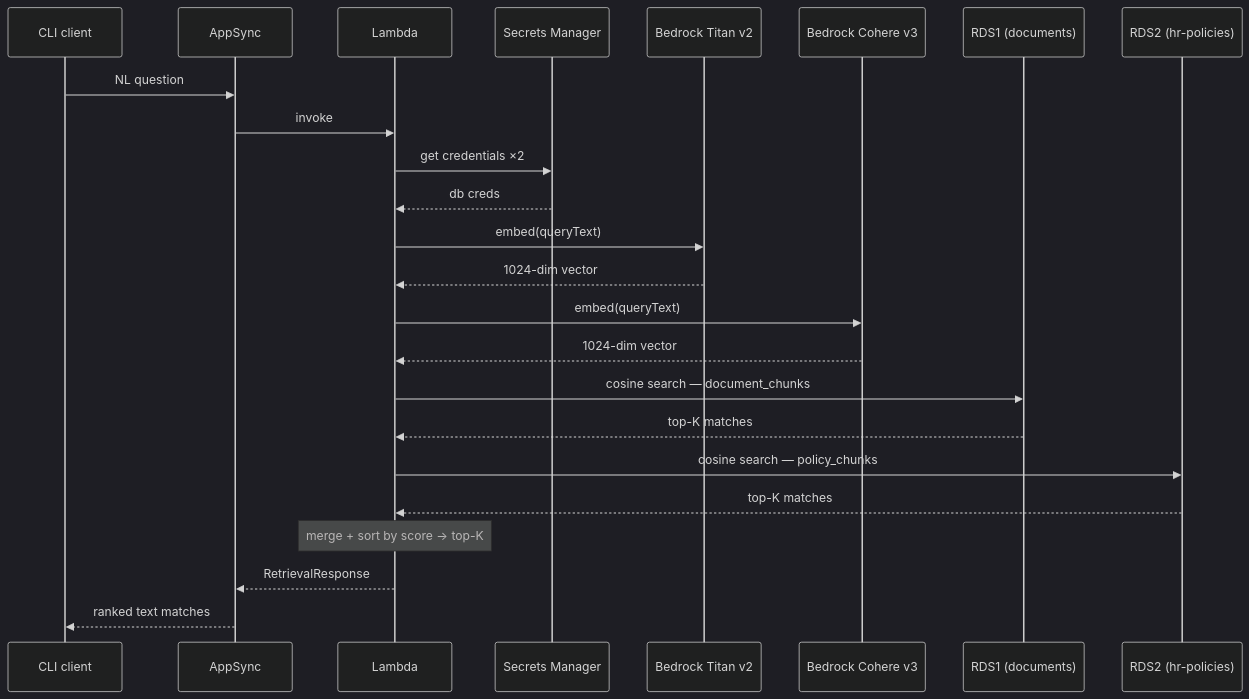
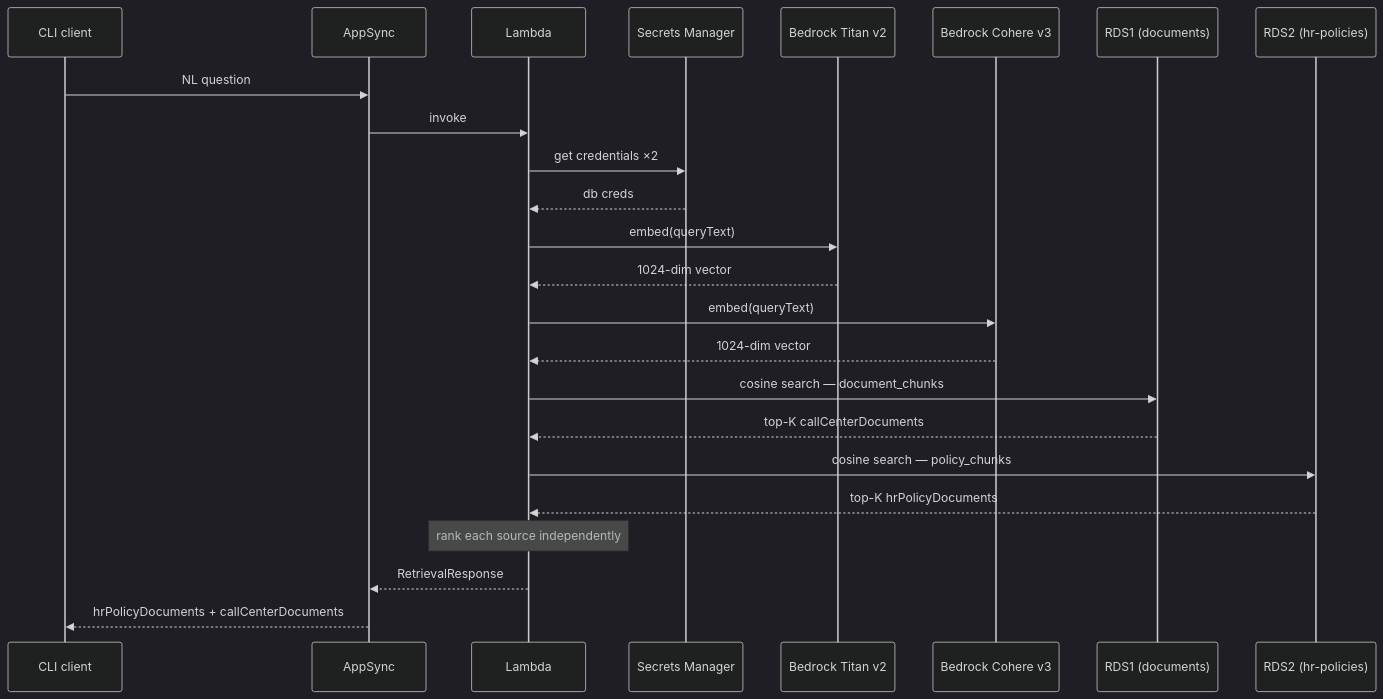
Before and after one commit to pwang-hydrafacial/fm-appsync-embedding-retrieval-poc: the second of 2 diagrams in docs/demo.md, drawn with Mermaid (dark theme). The commit also changed other lines of this file and 10 other files, not shown here.

First line of the commit message:
Implement Venkat's GQL schema: typed result lists per source

````diff
--- a/docs/demo.md
+++ b/docs/demo.md
@@ -47,27 +47,27 @@
 ```mermaid
 sequenceDiagram
     participant CLI as CLI client
     participant AS as AppSync
     participant L as Lambda
     participant SM as Secrets Manager
     participant B1 as Bedrock Titan v2
     participant B2 as Bedrock Cohere v3
     participant DB1 as RDS1 (documents)
     participant DB2 as RDS2 (hr-policies)
 
     CLI->>AS: NL question
     AS->>L: invoke
     L->>SM: get credentials ×2
     SM-->>L: db creds
     L->>B1: embed(queryText)
     B1-->>L: 1024-dim vector
     L->>B2: embed(queryText)
     B2-->>L: 1024-dim vector
     L->>DB1: cosine search — document_chunks
-    DB1-->>L: top-K matches
+    DB1-->>L: top-K callCenterDocuments
     L->>DB2: cosine search — policy_chunks
-    DB2-->>L: top-K matches
-    Note over L: merge + sort by score → top-K
+    DB2-->>L: top-K hrPolicyDocuments
+    Note over L: rank each source independently
     L-->>AS: RetrievalResponse
-    AS-->>CLI: ranked text matches
+    AS-->>CLI: hrPolicyDocuments + callCenterDocuments
 ```
````
